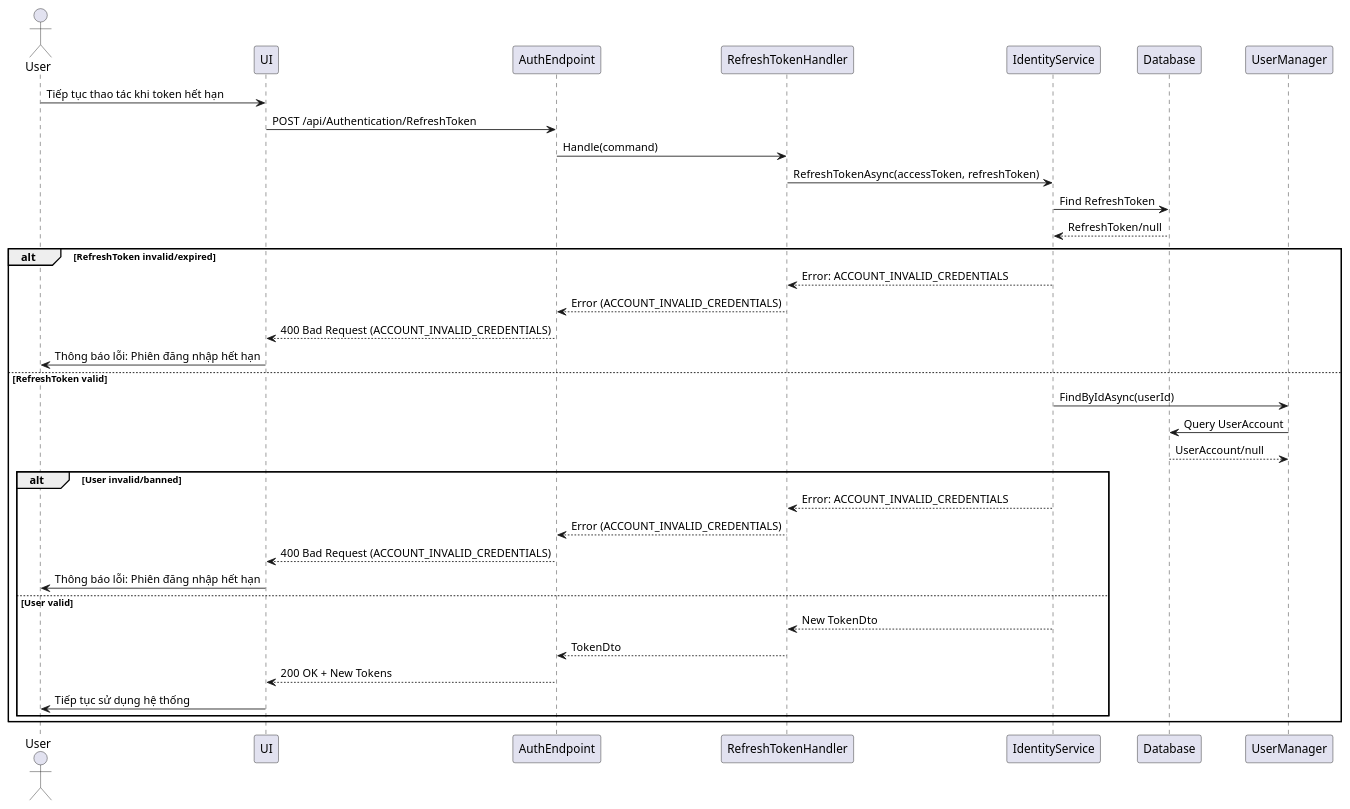
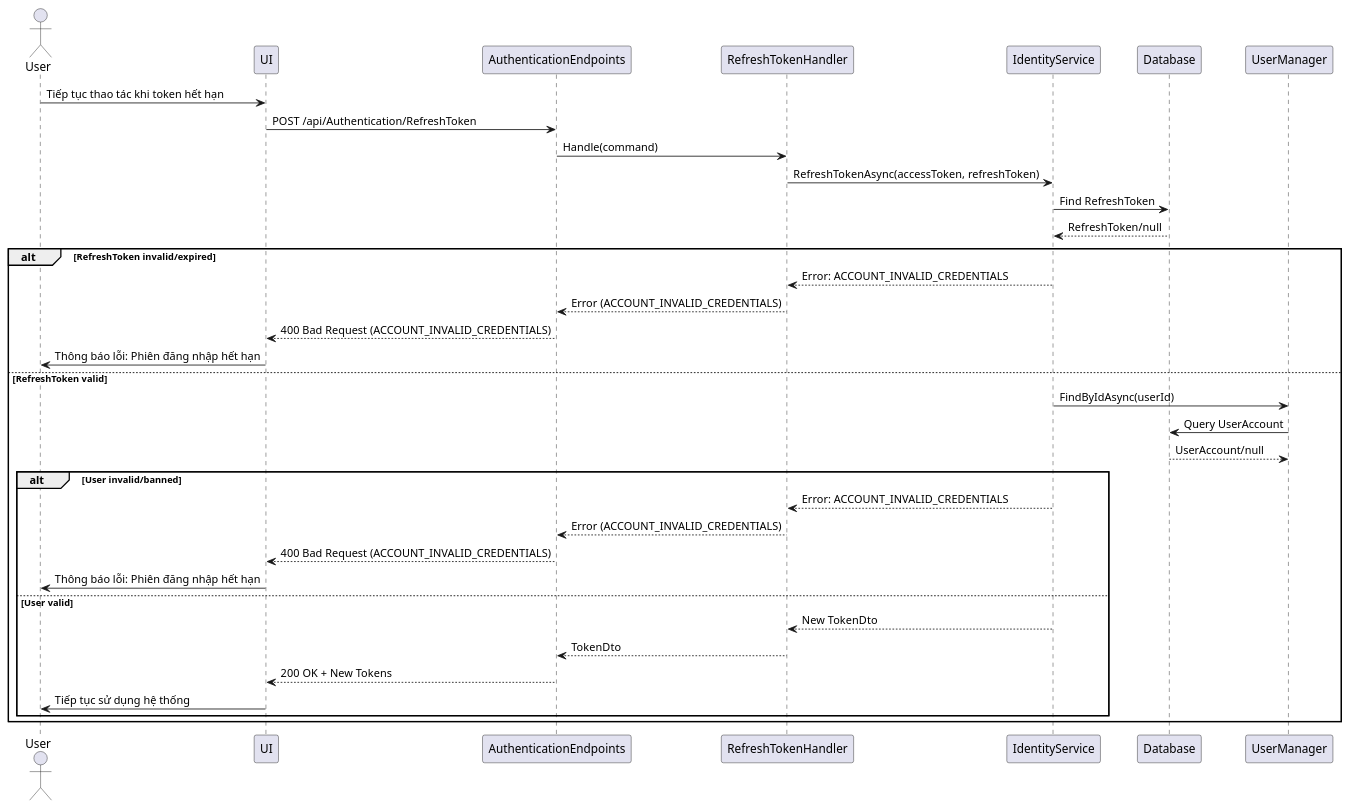
Before and after one commit to thanhkhac/SEP_Diagram: the diagram in authentication/Sequence/05_RefreshToken.puml, drawn with PlantUML. The commit also changed 7 other files, not shown here.

First line of the commit message:
Rename AuthEndpoint to AuthenticationEndpoints in diagrams

```diff
--- a/authentication/Sequence/05_RefreshToken.puml
+++ b/authentication/Sequence/05_RefreshToken.puml
@@ -1,37 +1,37 @@
 @startuml
 actor User
 participant UI
-participant AuthEndpoint
+participant AuthenticationEndpoints
 participant RefreshTokenHandler
 participant IdentityService
 participant Database
 participant UserManager
 
 User -> UI : Tiếp tục thao tác khi token hết hạn
-UI -> AuthEndpoint : POST /api/Authentication/RefreshToken
-AuthEndpoint -> RefreshTokenHandler : Handle(command)
+UI -> AuthenticationEndpoints : POST /api/Authentication/RefreshToken
+AuthenticationEndpoints -> RefreshTokenHandler : Handle(command)
 RefreshTokenHandler -> IdentityService : RefreshTokenAsync(accessToken, refreshToken)
 IdentityService -> Database : Find RefreshToken
 Database --> IdentityService : RefreshToken/null
 alt RefreshToken invalid/expired
     IdentityService --> RefreshTokenHandler : Error: ACCOUNT_INVALID_CREDENTIALS
-    RefreshTokenHandler --> AuthEndpoint : Error (ACCOUNT_INVALID_CREDENTIALS)
-    AuthEndpoint --> UI : 400 Bad Request (ACCOUNT_INVALID_CREDENTIALS)
+    RefreshTokenHandler --> AuthenticationEndpoints : Error (ACCOUNT_INVALID_CREDENTIALS)
+    AuthenticationEndpoints --> UI : 400 Bad Request (ACCOUNT_INVALID_CREDENTIALS)
     UI -> User : Thông báo lỗi: Phiên đăng nhập hết hạn
 else RefreshToken valid
     IdentityService -> UserManager : FindByIdAsync(userId)
     UserManager -> Database : Query UserAccount
     Database --> UserManager : UserAccount/null
     alt User invalid/banned
         IdentityService --> RefreshTokenHandler : Error: ACCOUNT_INVALID_CREDENTIALS
-        RefreshTokenHandler --> AuthEndpoint : Error (ACCOUNT_INVALID_CREDENTIALS)
-        AuthEndpoint --> UI : 400 Bad Request (ACCOUNT_INVALID_CREDENTIALS)
+        RefreshTokenHandler --> AuthenticationEndpoints : Error (ACCOUNT_INVALID_CREDENTIALS)
+        AuthenticationEndpoints --> UI : 400 Bad Request (ACCOUNT_INVALID_CREDENTIALS)
         UI -> User : Thông báo lỗi: Phiên đăng nhập hết hạn
     else User valid
         IdentityService --> RefreshTokenHandler : New TokenDto
-        RefreshTokenHandler --> AuthEndpoint : TokenDto
-        AuthEndpoint --> UI : 200 OK + New Tokens
+        RefreshTokenHandler --> AuthenticationEndpoints : TokenDto
+        AuthenticationEndpoints --> UI : 200 OK + New Tokens
         UI -> User : Tiếp tục sử dụng hệ thống
     end
 end
 @enduml
```
